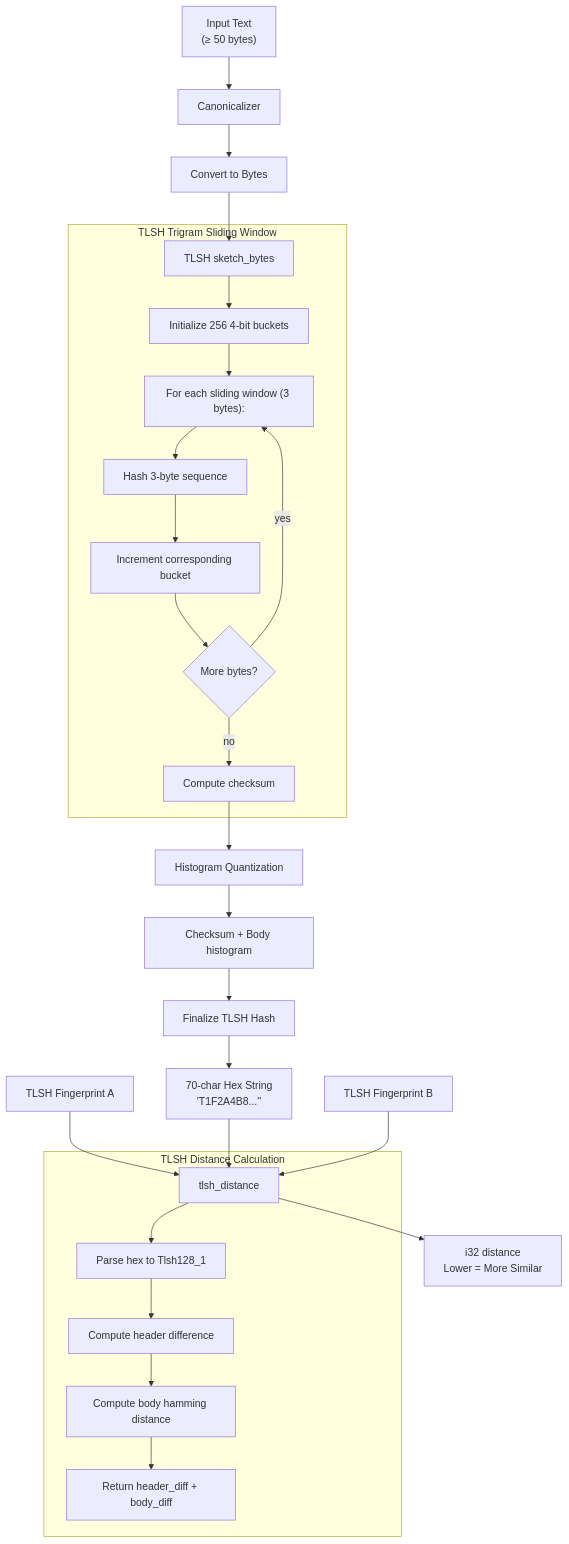
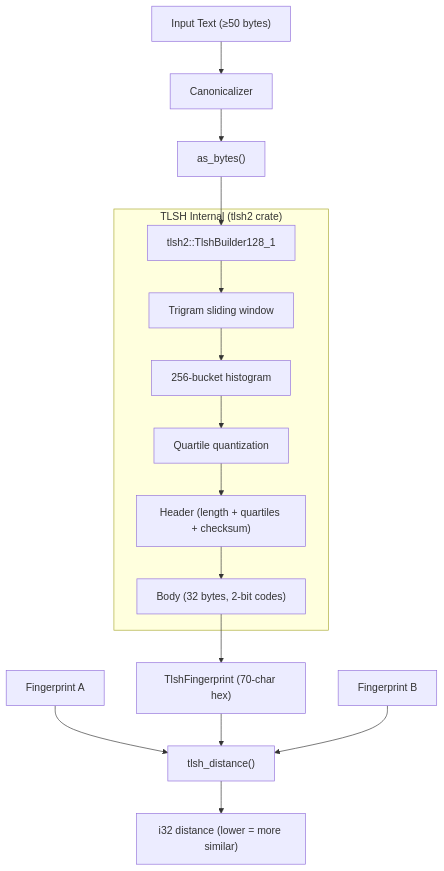
Before and after one commit to themankindproject/txtfp: the sixth of 9 diagrams in txt.md, drawn with Mermaid. The commit also changed other lines of this file and 1 other file, not shown here.

````diff
--- a/txt.md
+++ b/txt.md
@@ -700,35 +557,22 @@
 ```mermaid
 flowchart TD
-    A["Input Text<br/>(≥ 50 bytes)"] --> B["Canonicalizer"]
-    B --> C["Convert to Bytes"]
+    A["Input Text (≥50 bytes)"] --> B["Canonicalizer"]
+    B --> C["as_bytes()"]
 
-    C --> D["TLSH sketch_bytes"]
+    C --> D["tlsh2::TlshBuilder128_1"]
 
-    subgraph "TLSH Trigram Sliding Window"
-        D --> D1["Initialize 256 4-bit buckets"]
-        D1 --> D2["For each sliding window (3 bytes):"]
-        D2 --> D3["Hash 3-byte sequence"]
-        D3 --> D4["Increment corresponding bucket"]
-        D4 --> D5{"More bytes?"}
-        D5 -->|yes| D2
-        D5 -->|no| D6["Compute checksum"]
+    subgraph "TLSH Internal (tlsh2 crate)"
+        D --> D1["Trigram sliding window"]
+        D1 --> D2["256-bucket histogram"]
+        D2 --> D3["Quartile quantization"]
+        D3 --> D4["Header (length + quartiles + checksum)"]
+        D4 --> D5["Body (32 bytes, 2-bit codes)"]
     end
 
-    D6 --> E["Histogram Quantization"]
-    E --> F["Checksum + Body histogram"]
-    F --> G["Finalize TLSH Hash"]
+    D5 --> E["TlshFingerprint (70-char hex)"]
 
-    G --> H["70-char Hex String<br/>'T1F2A4B8...''"]
-
-    I["TLSH Fingerprint A"] --> J["tlsh_distance"]
-    H --> J
-    K["TLSH Fingerprint B"] --> J
-    J --> L["i32 distance<br/>Lower = More Similar"]
-
-    subgraph "TLSH Distance Calculation"
-        J --> J1["Parse hex to Tlsh128_1"]
-        J1 --> J2["Compute header difference"]
-        J2 --> J3["Compute body hamming distance"]
-        J3 --> J4["Return header_diff + body_diff"]
-    end
+    F["Fingerprint A"] --> G["tlsh_distance()"]
+    E --> G
+    H["Fingerprint B"] --> G
+    G --> I["i32 distance (lower = more similar)"]
 ```
````
